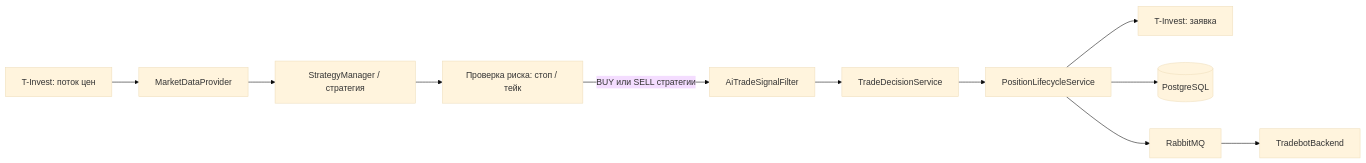
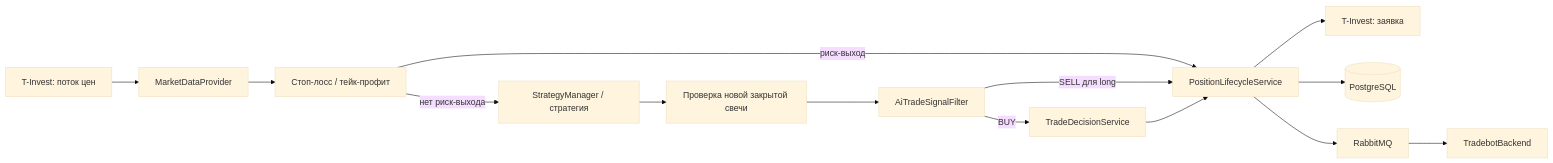
The diagram in README.md (Viktrosen/TradeBot), drawn with Mermaid (base theme) before and after one commit. The commit also changed other lines of this file and 6 other files, not shown here.

````diff
--- a/README.md
+++ b/README.md
@@ -7,13 +7,16 @@
 ```mermaid
 flowchart LR
     T["T-Invest: поток цен"] --> M["MarketDataProvider"]
-    M --> S["StrategyManager / стратегия"]
-    S --> R["Проверка риска: стоп / тейк"]
-    R -->|"BUY или SELL стратегии"| A["AiTradeSignalFilter"]
-    A --> D["TradeDecisionService"]
-    D --> L["PositionLifecycleService"]
+    M --> R["Стоп-лосс / тейк-профит"]
+    R -->|"риск-выход"| L["PositionLifecycleService"]
+    R -->|"нет риск-выхода"| S["StrategyManager / стратегия"]
+    S --> C["Проверка новой закрытой свечи"]
+    C --> A["AiTradeSignalFilter"]
+    A -->|"BUY"| D["TradeDecisionService"]
+    A -->|"SELL для long"| L["PositionLifecycleService"]
+    D --> L
     L --> B["T-Invest: заявка"]
     L --> DB[("PostgreSQL")]
     L --> MQ["RabbitMQ"]
     MQ --> G["TradebotBackend"]
 ```
````
